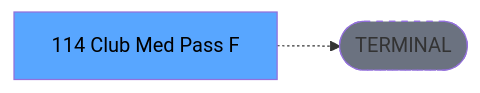
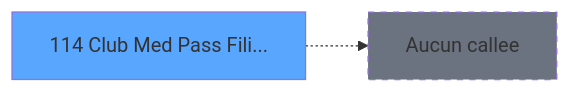
One commit to thonyAGP/magic-migration changed the third of 3 diagrams in .openspec/specs/ADH-IDE-114.md. Above: the diagram before and after it, drawn with Mermaid. The commit also changed other lines of this file and 253 other files, not shown here.

````diff
--- a/.openspec/specs/ADH-IDE-114.md
+++ b/.openspec/specs/ADH-IDE-114.md
@@ -136,8 +765,8 @@
 ```mermaid
 graph LR
-    T[114 Club Med Pass F]
-    TERM([TERMINAL])
-    T -.-> TERM
-    style TERM fill:#6b7280,stroke-dasharray: 5 5
-    style T fill:#58a6ff,color:#000
+    T114[114 Club Med Pass Fili...]
+    style T114 fill:#58a6ff
+    NONE[Aucun callee]
+    T114 -.-> NONE
+    style NONE fill:#6b7280,stroke-dasharray: 5 5
 ```
````
